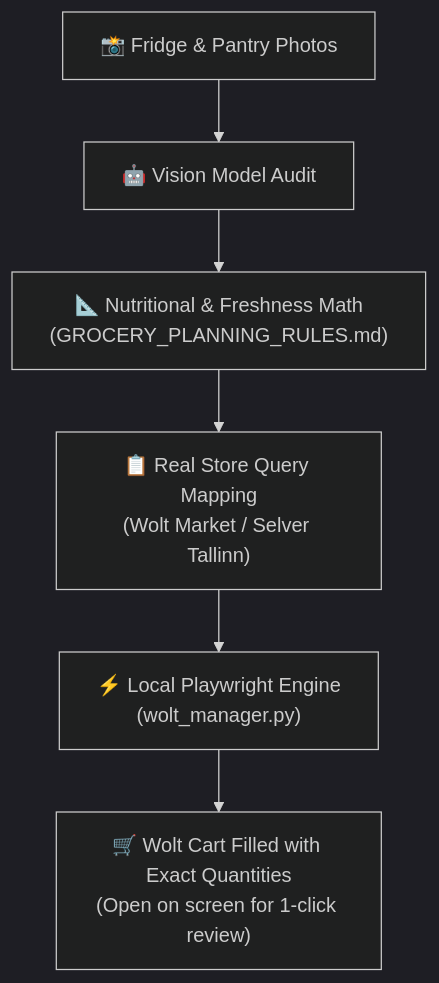
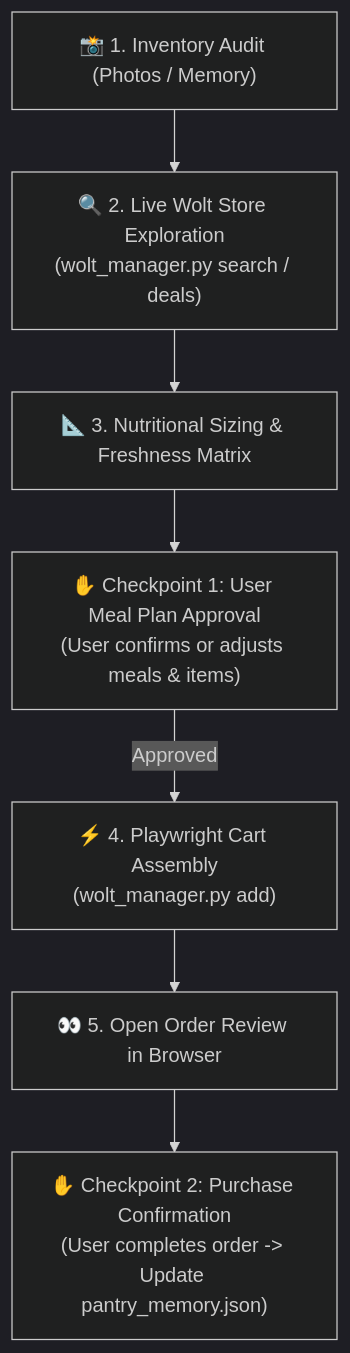
The diagram in README.md (AndresCUd/wolt-smart-pantry), drawn with Mermaid (dark theme) before and after one commit. The commit also changed other lines of this file and 3 other files, not shown here.

Commit message:
feat: enforce 2 user confirmation checkpoints (pre-cart meal plan review & post-checkout memory recording)

````diff
--- a/README.md
+++ b/README.md
@@ -27,8 +29,9 @@
 ```mermaid
 flowchart TD
-    A["📸 Fridge & Pantry Photos"] --> B["🤖 Vision Model Audit"]
-    B --> C["📐 Nutritional & Freshness Math\n(GROCERY_PLANNING_RULES.md)"]
-    C --> D["📋 Real Store Query Mapping\n(Wolt Market / Selver Tallinn)"]
-    D --> E["⚡ Local Playwright Engine\n(wolt_manager.py)"]
-    E --> F["🛒 Wolt Cart Filled with Exact Quantities\n(Open on screen for 1-click review)"]
+    A["📸 1. Inventory Audit (Photos / Memory)"] --> B["🔍 2. Live Wolt Store Exploration\n(wolt_manager.py search / deals)"]
+    B --> C["📐 3. Nutritional Sizing & Freshness Matrix"]
+    C --> D["✋ Checkpoint 1: User Meal Plan Approval\n(User confirms or adjusts meals & items)"]
+    D -->|Approved| E["⚡ 4. Playwright Cart Assembly\n(wolt_manager.py add)"]
+    E --> F["👀 5. Open Order Review in Browser"]
+    F --> G["✋ Checkpoint 2: Purchase Confirmation\n(User completes order -> Update pantry_memory.json)"]
 ```
````
